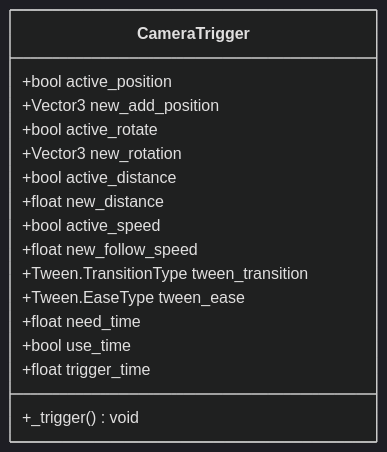
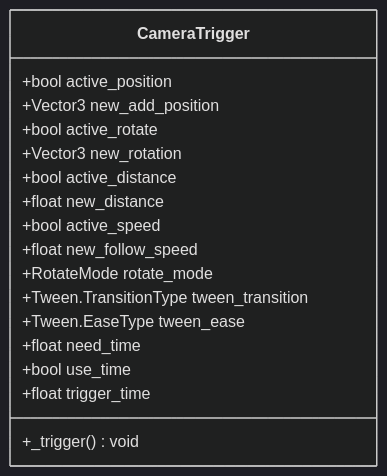
Diagram 12 of 15 in .qoder/repowiki/zh/content/模板系统/示例场景.md (godotline/godot-line), drawn with Mermaid (dark theme) before and after one commit. The commit also changed other lines of this file and 18 other files, not shown here.

````diff
--- a/.qoder/repowiki/zh/content/模板系统/示例场景.md
+++ b/.qoder/repowiki/zh/content/模板系统/示例场景.md
@@ -528,19 +541,20 @@
 ```mermaid
 classDiagram
 class CameraTrigger {
 +bool active_position
 +Vector3 new_add_position
 +bool active_rotate
 +Vector3 new_rotation
 +bool active_distance
 +float new_distance
 +bool active_speed
 +float new_follow_speed
++RotateMode rotate_mode
 +Tween.TransitionType tween_transition
 +Tween.EaseType tween_ease
 +float need_time
 +bool use_time
 +float trigger_time
 +_trigger() void
 }
 ```
````
